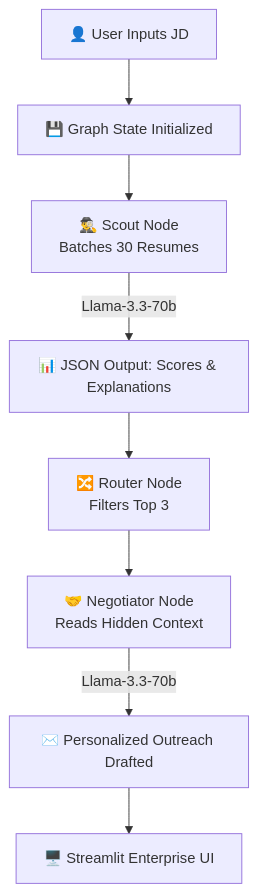
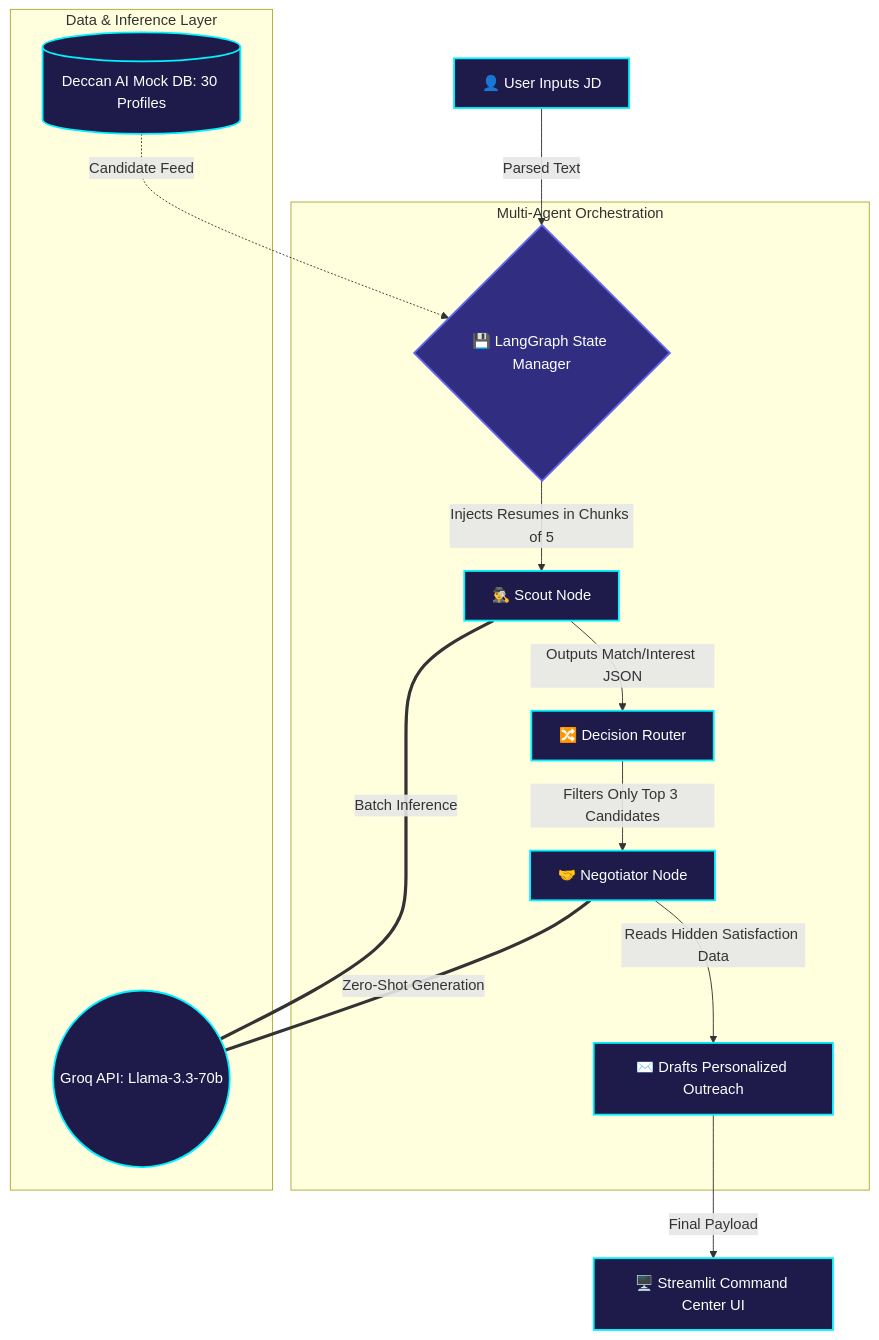
One commit to TechieSamosa/nexus-scout-catalyst changed the diagram in README.md. Above: the diagram before and after it, drawn with Mermaid. The commit also changed other lines of this file, not shown here.

````diff
--- a/README.md
+++ b/README.md
@@ -17,10 +17,25 @@
 ```mermaid
 graph TD
-    A[👤 User Inputs JD] --> B[💾 Graph State Initialized]
-    B --> C[🕵️‍♂️ Scout Node <br> Batches 30 Resumes]
-    C -->|Llama-3.3-70b| D[📊 JSON Output: Scores & Explanations]
-    D --> E[🔀 Router Node <br> Filters Top 3]
-    E --> F[🤝 Negotiator Node <br> Reads Hidden Context]
-    F -->|Llama-3.3-70b| G[✉️ Personalized Outreach Drafted]
-    G --> H[🖥️ Streamlit Enterprise UI]
+    A[👤 User Inputs JD] -->|Parsed Text| B{💾 LangGraph State Manager}
+    
+    subgraph Multi-Agent Orchestration
+        B -->|Injects Resumes in Chunks of 5| C[🕵️‍♂️ Scout Node]
+        C -->|Outputs Match/Interest JSON| D[🔀 Decision Router]
+        D -->|Filters Only Top 3 Candidates| E[🤝 Negotiator Node]
+        E -->|Reads Hidden Satisfaction Data| F[✉️ Drafts Personalized Outreach]
+    end
+
+    subgraph Data & Inference Layer
+        DB[(Deccan AI Mock DB: 30 Profiles)] -.->|Candidate Feed| B
+        C ===|Batch Inference| LLM((Groq API: Llama-3.3-70b))
+        E ===|Zero-Shot Generation| LLM
+    end
+
+    F -->|Final Payload| G[🖥️ Streamlit Command Center UI]
+    
+    classDef node fill:#1e1b4b,stroke:#00f2fe,stroke-width:2px,color:#fff;
+    classDef state fill:#312e81,stroke:#6366f1,stroke-width:2px,color:#fff;
+    class A,G action;
+    class B state;
+    class C,D,E node;
 ```
````
